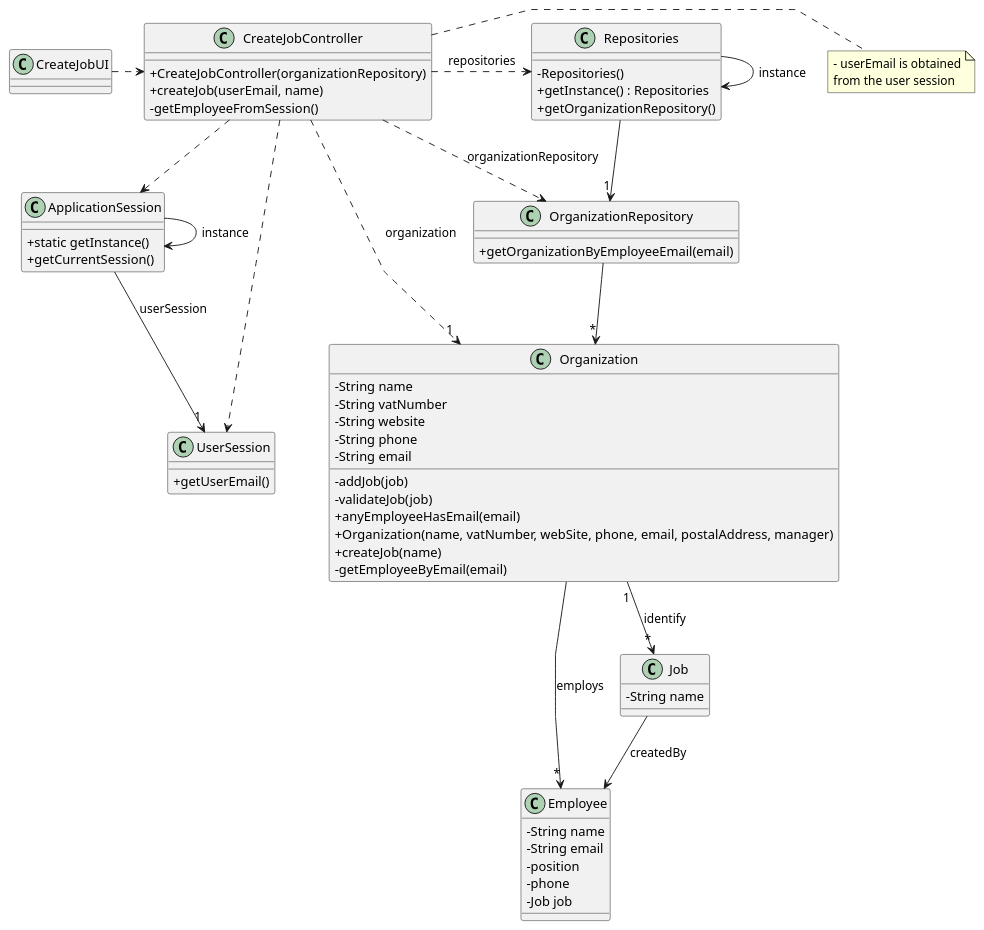
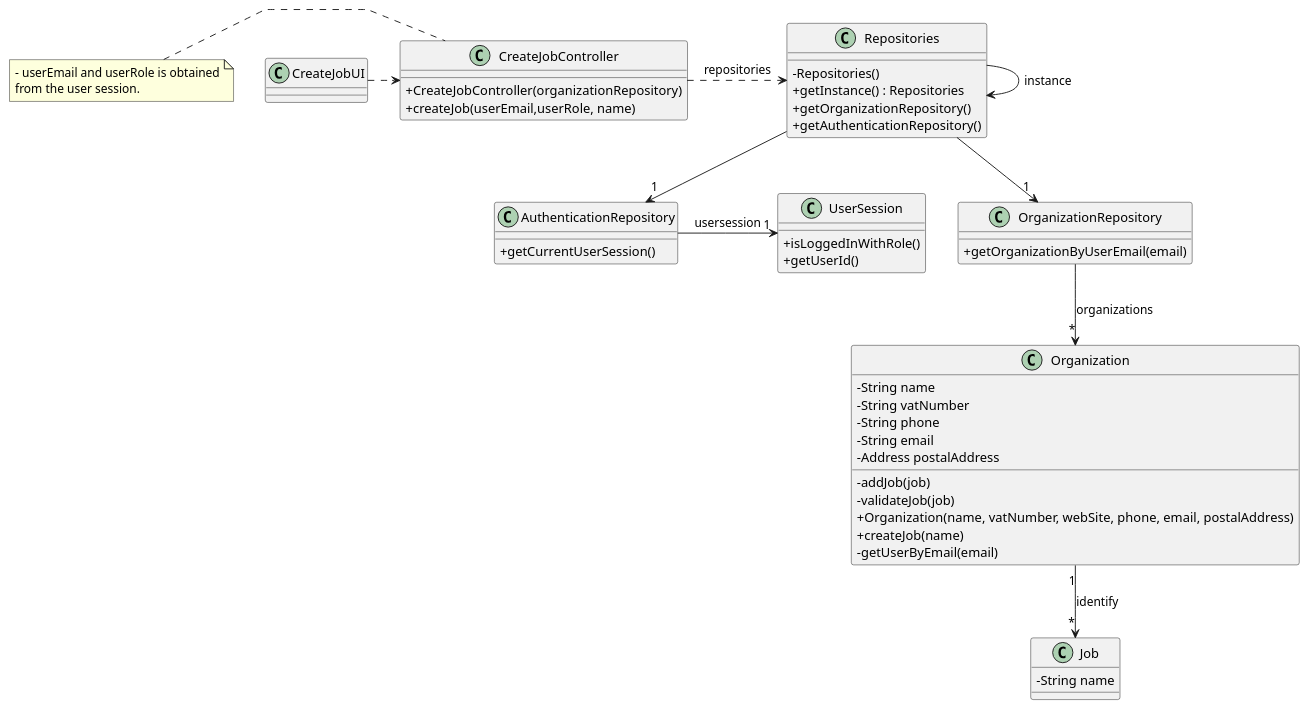
Before and after one commit to Mendoncaa/LAPR2: the diagram in docs/sprintB/us002/03.design/puml/us002-class-diagram.puml, drawn with PlantUML. The commit also changed 37 other files, not shown here.

```diff
--- a/docs/sprintB/us002/03.design/puml/us002-class-diagram.puml
+++ b/docs/sprintB/us002/03.design/puml/us002-class-diagram.puml
@@ -1,101 +1,83 @@
 @startuml
 'skinparam monochrome true
 skinparam packageStyle rectangle
 skinparam shadowing false
 skinparam linetype polyline
 'skinparam linetype orto
 
 skinparam classAttributeIconSize 0
 
 'left to right direction
 
-class ApplicationSession
+class AuthenticationRepository
 {
-    + static getInstance()
-    + getCurrentSession()
+    + getCurrentUserSession()
 }
 
 class UserSession
 {
-    + getUserEmail()
+    + isLoggedInWithRole()
+    + getUserId()
 }
 
-class Employee {
-    - String name
-    - String email
-    - position
-    - phone
-    - Job job
-}
+
 
 class Job {
     - String name
 }
 
 
 
 class Organization {
     - String name
     - String vatNumber
-    - String website
     - String phone
     - String email
+    - Address postalAddress
     - addJob(job)
     - validateJob(job)
-    + anyEmployeeHasEmail(email)
-    + Organization(name, vatNumber, webSite, phone, email, postalAddress, manager)
+    + Organization(name, vatNumber, webSite, phone, email, postalAddress)
     + createJob(name)
-    - getEmployeeByEmail(email)
+    - getUserByEmail(email)
 
 }
 
 
 class OrganizationRepository {
-    + getOrganizationByEmployeeEmail(email)
+    + getOrganizationByUserEmail(email)
 }
 
 class Repositories {
     - Repositories()
     + getInstance() : Repositories
     + getOrganizationRepository()
+    + getAuthenticationRepository()
 }
 
 class CreateJobController {
     + CreateJobController(organizationRepository)
-    + createJob(userEmail, name)
-    - getEmployeeFromSession()
+    + createJob(userEmail,userRole, name)
+
 }
 
-note right of CreateJobController
-    - userEmail is obtained
-    from the user session
+note left of CreateJobController
+    - userEmail and userRole is obtained
+    from the user session.
 end note
 
 
 class CreateJobUI {
 }
 
 Repositories -> Repositories : instance
-ApplicationSession -> ApplicationSession : instance
-
 CreateJobUI .> CreateJobController
-
 CreateJobController .> Repositories : repositories
+Repositories --> "1" OrganizationRepository
+OrganizationRepository --> "*" Organization : organizations
+AuthenticationRepository -> "1" UserSession : usersession
+Repositories --> "1" AuthenticationRepository
+Organization "1" --> "*" Job : identify
 
 
-CreateJobController ..> OrganizationRepository : organizationRepository
-
-Repositories --> "1" OrganizationRepository
-
-OrganizationRepository --> "*" Organization
-ApplicationSession --> "1" UserSession : userSession
-
-CreateJobController ..> "1" Organization : organization
-CreateJobController ..> ApplicationSession
-CreateJobController ..> UserSession
-Organization "1" --> "*" Job : identify
-Job --> Employee : createdBy
-
-Organization --> "*" Employee : employs
 
 @enduml
```
